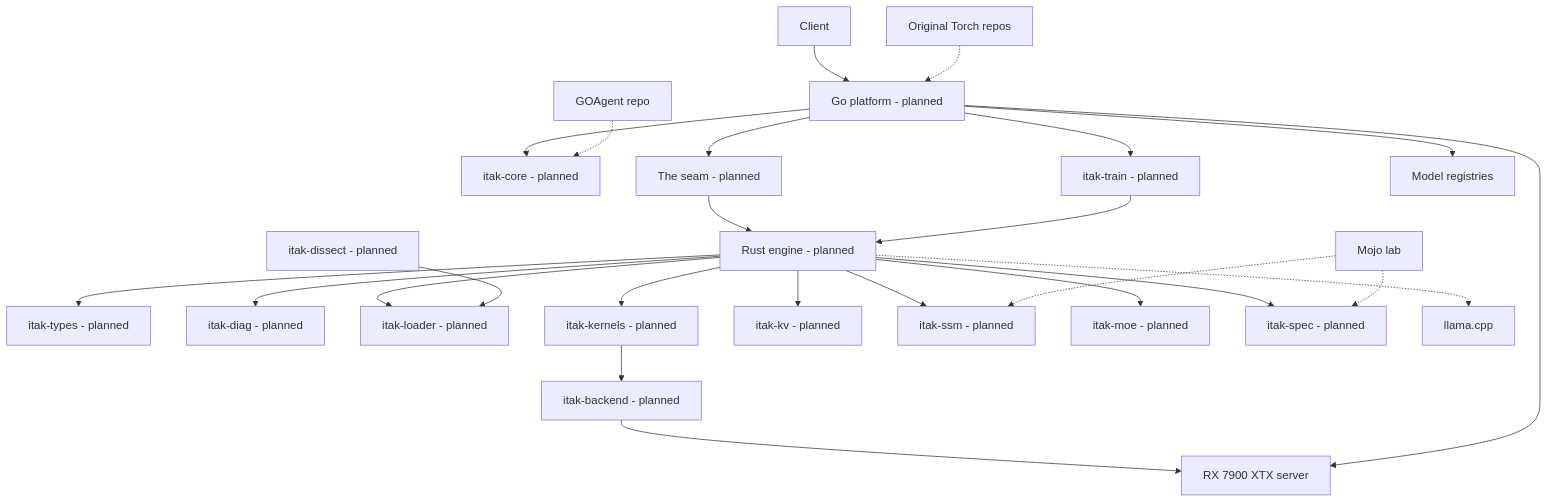
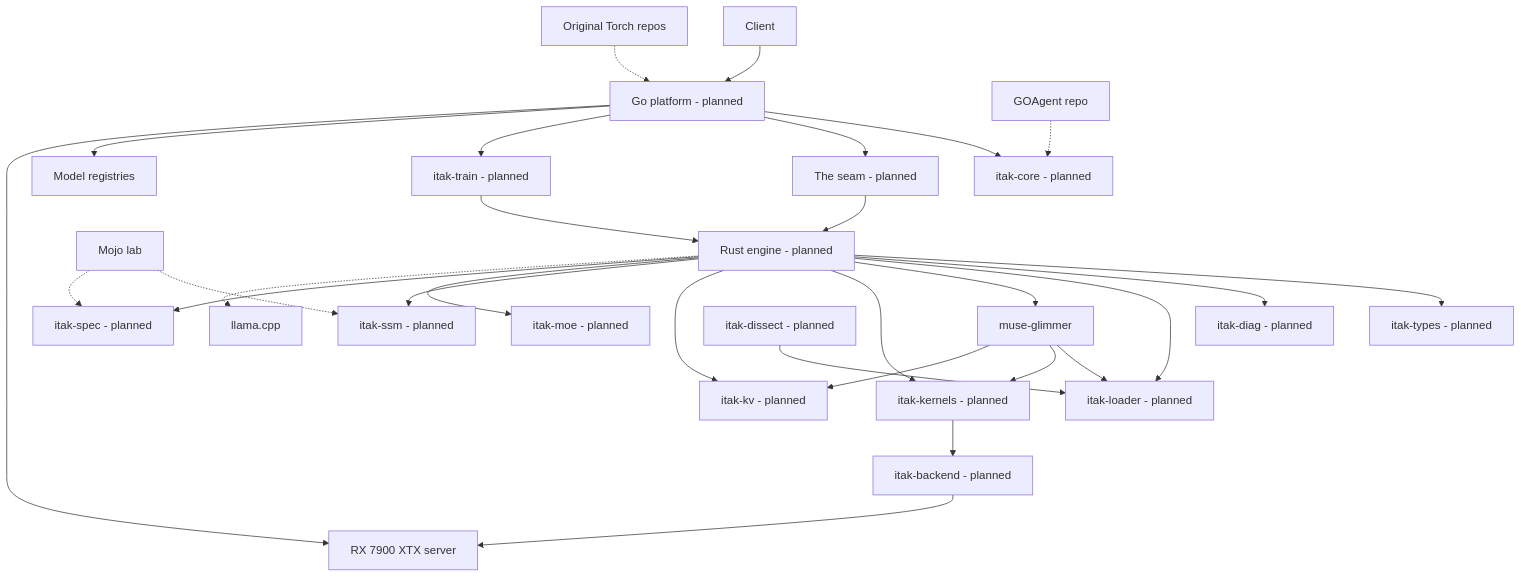
Before and after one commit to David2024patton/itak-torch-rebuild: the diagram in docs/MAP.md, drawn with Mermaid. The commit also changed other lines of this file and 14 other files, not shown here.

First line of the commit message:
feat(muse-glimmer): architecture module skeleton (TODO T-P.3)

````diff
--- a/docs/MAP.md
+++ b/docs/MAP.md
@@ -91,27 +96,31 @@
 ```mermaid
 flowchart TD
   C[Client] --> P[Go platform - planned]
   P --> CORE[itak-core - planned]
   P --> SEAM[The seam - planned]
   SEAM --> ENG[Rust engine - planned]
   ENG --> TYPES[itak-types - planned]
   ENG --> DIAG[itak-diag - planned]
   ENG --> LOAD[itak-loader - planned]
+  ENG --> GLIM[muse-glimmer]
+  GLIM --> LOAD
+  GLIM --> KERN
+  GLIM --> KV
   ENG --> KERN[itak-kernels - planned]
   ENG --> KV[itak-kv - planned]
   ENG --> SSM[itak-ssm - planned]
   ENG --> MOE[itak-moe - planned]
   ENG --> SPEC[itak-spec - planned]
   KERN --> BACK[itak-backend - planned]
   BACK --> GPU[RX 7900 XTX server]
   P --> TRAIN[itak-train - planned]
   TRAIN --> ENG
   DIS[itak-dissect - planned] --> LOAD
   P --> REG[Model registries]
   LAB[Mojo lab] -.-> SSM
   LAB -.-> SPEC
   ORIG[Original Torch repos] -.-> P
   GOA[GOAgent repo] -.-> CORE
   ENG -.-> LLAMA[llama.cpp]
   P --> GPU
 ```
````
